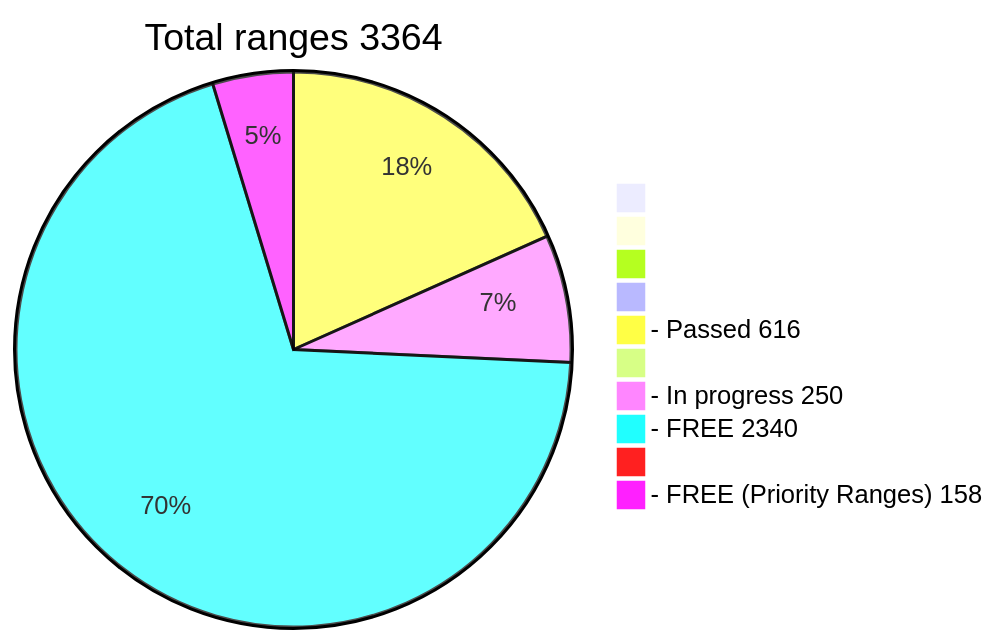
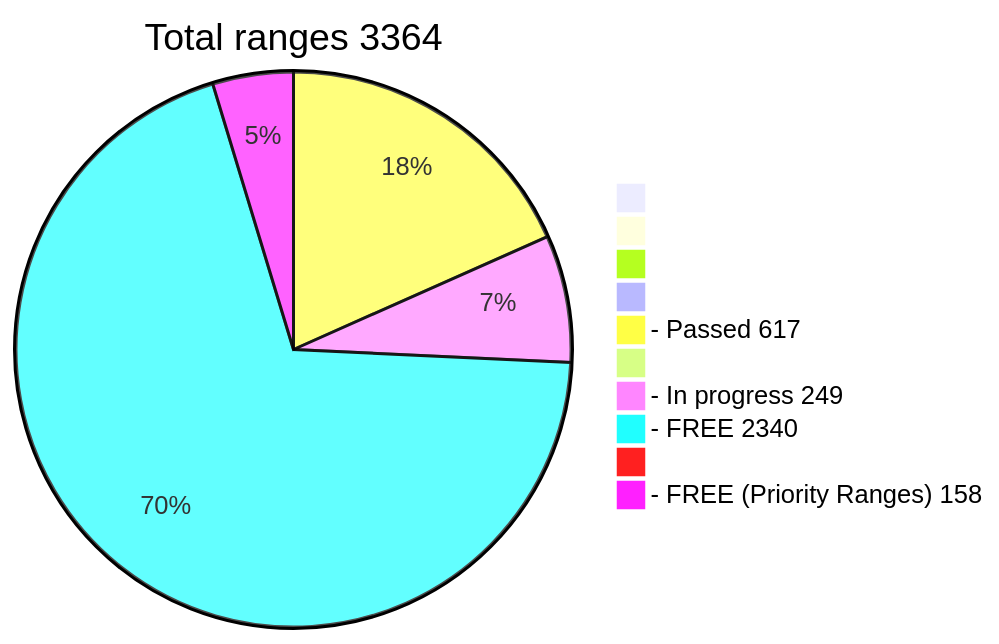
One commit to phrutis/wif500 changed the diagram in README.md. Above: the diagram before and after it, drawn with Mermaid.

````diff
--- a/README.md
+++ b/README.md
@@ -16,13 +16,13 @@
 ```mermaid
 pie title Total ranges 3364
              " " : 0
             "  " : 0
            "   " : 0
           "    " : 0
-  "- Passed 616" : 616
+  "- Passed 617" : 617
          "     " : 0
-  "- In progress 250" : 250
+  "- In progress 249" : 249
    "- FREE 2340" : 2340
         "      " : 0
   "- FREE (Priority Ranges) 158" : 158
 ```
````
